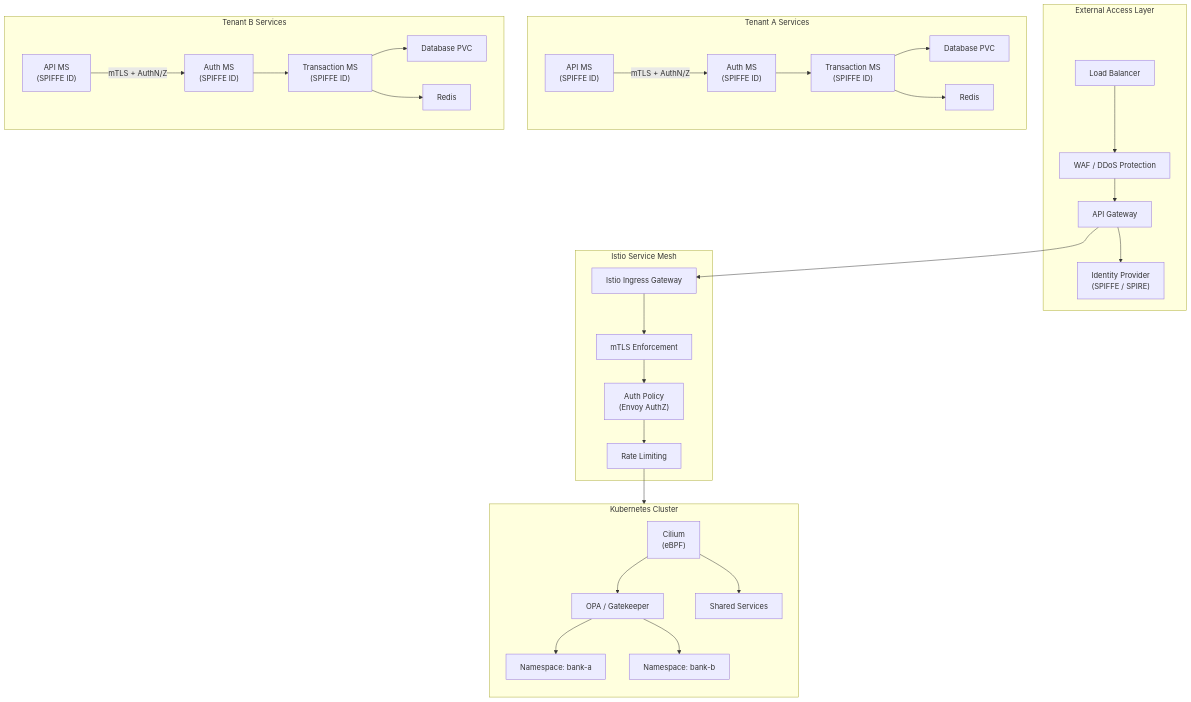
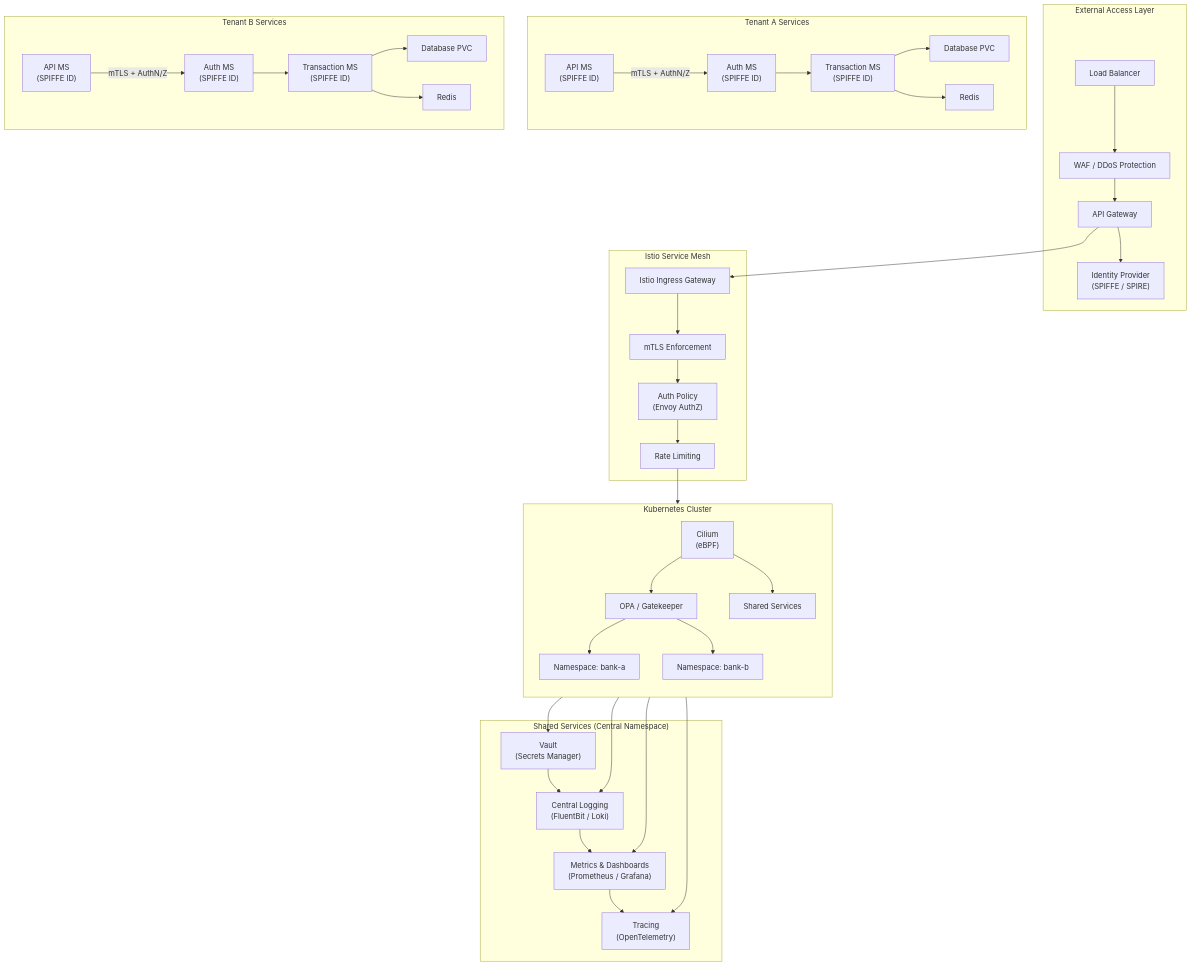
One commit to babywyrm/sysadmin changed the diagram in modeling/k8s/readme.md. Above: the diagram before and after it, drawn with Mermaid.

````diff
--- a/modeling/k8s/readme.md
+++ b/modeling/k8s/readme.md
@@ -2,61 +2,81 @@
 ```mermaid
 flowchart TB
   subgraph External_Access_Layer[External Access Layer]
     LB["Load Balancer"]
     WAF["WAF / DDoS Protection"]
     APIGW["API Gateway"]
     IDP["Identity Provider<br/>(SPIFFE / SPIRE)"]
   end
 
   subgraph Istio_Service_Mesh[Istio Service Mesh]
     IGW["Istio Ingress Gateway"]
     mTLS["mTLS Enforcement"]
     Authz["Auth Policy<br/>(Envoy AuthZ)"]
     Rate["Rate Limiting"]
   end
 
   subgraph Kubernetes_Cluster[Kubernetes Cluster]
     direction TB
     Cilium["Cilium<br/>(eBPF)"]
     OPA["OPA / Gatekeeper"]
     Shared["Shared Services"]
     TenantA["Namespace: bank-a"]
     TenantB["Namespace: bank-b"]
   end
 
   %% Flow from edge to mesh
   LB --> WAF --> APIGW --> IDP
   APIGW --> IGW
 
   IGW --> mTLS
   mTLS --> Authz
   Authz --> Rate
   Rate --> Cilium
 
   Cilium --> OPA
   OPA --> TenantA
   OPA --> TenantB
   Cilium --> Shared
 
+  %% Tenant A services
   subgraph TenantA_Services["Tenant A Services"]
     A_API["API MS<br/>(SPIFFE ID)"]
     A_Auth["Auth MS<br/>(SPIFFE ID)"]
     A_Trans["Transaction MS<br/>(SPIFFE ID)"]
     A_DB["Database PVC"]
     A_Cache["Redis"]
     A_API -->|"mTLS + AuthN/Z"| A_Auth --> A_Trans --> A_DB
     A_Trans --> A_Cache
   end
 
+  %% Tenant B services
   subgraph TenantB_Services["Tenant B Services"]
     B_API["API MS<br/>(SPIFFE ID)"]
     B_Auth["Auth MS<br/>(SPIFFE ID)"]
     B_Trans["Transaction MS<br/>(SPIFFE ID)"]
     B_DB["Database PVC"]
     B_Cache["Redis"]
     B_API -->|"mTLS + AuthN/Z"| B_Auth --> B_Trans --> B_DB
     B_Trans --> B_Cache
   end
 
+  %% Shared services
+  subgraph Shared_Services["Shared Services (Central Namespace)"]
+    Vault["Vault<br/>(Secrets Manager)"]
+    Logging["Central Logging<br/>(FluentBit / Loki)"]
+    Metrics["Metrics & Dashboards<br/>(Prometheus / Grafana)"]
+    OTel["Tracing<br/>(OpenTelemetry)"]
+
+    Vault --> Logging
+    Logging --> Metrics
+    Metrics --> OTel
+  end
+
+  Shared --> Vault
+  Shared --> Logging
+  Shared --> Metrics
+  Shared --> OTel
+
+
 
 ```
````
